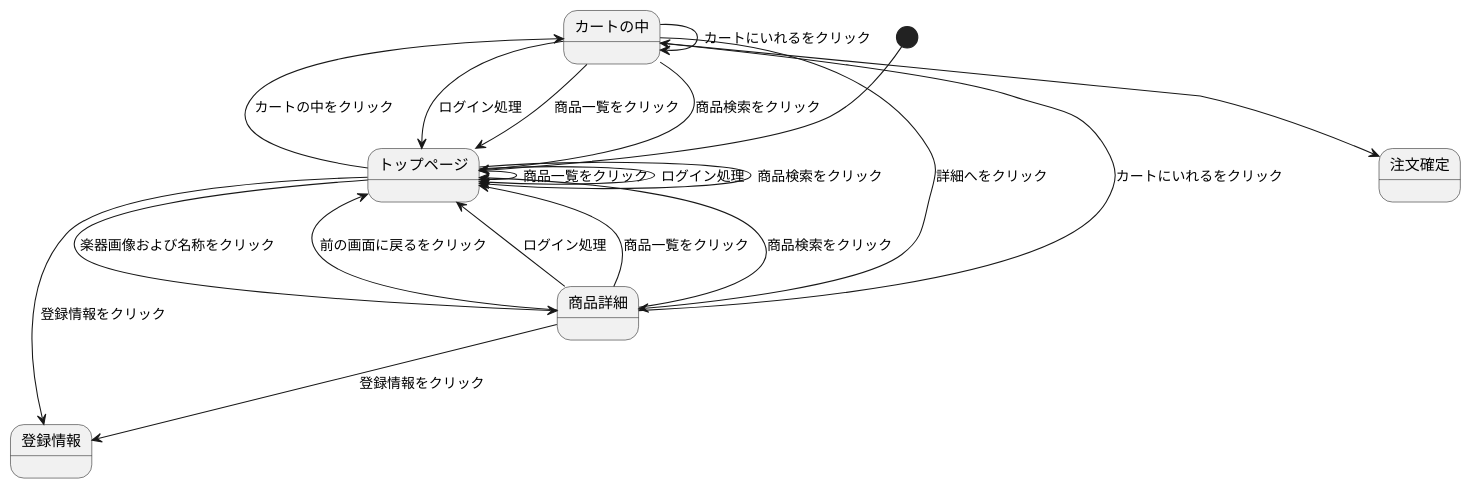
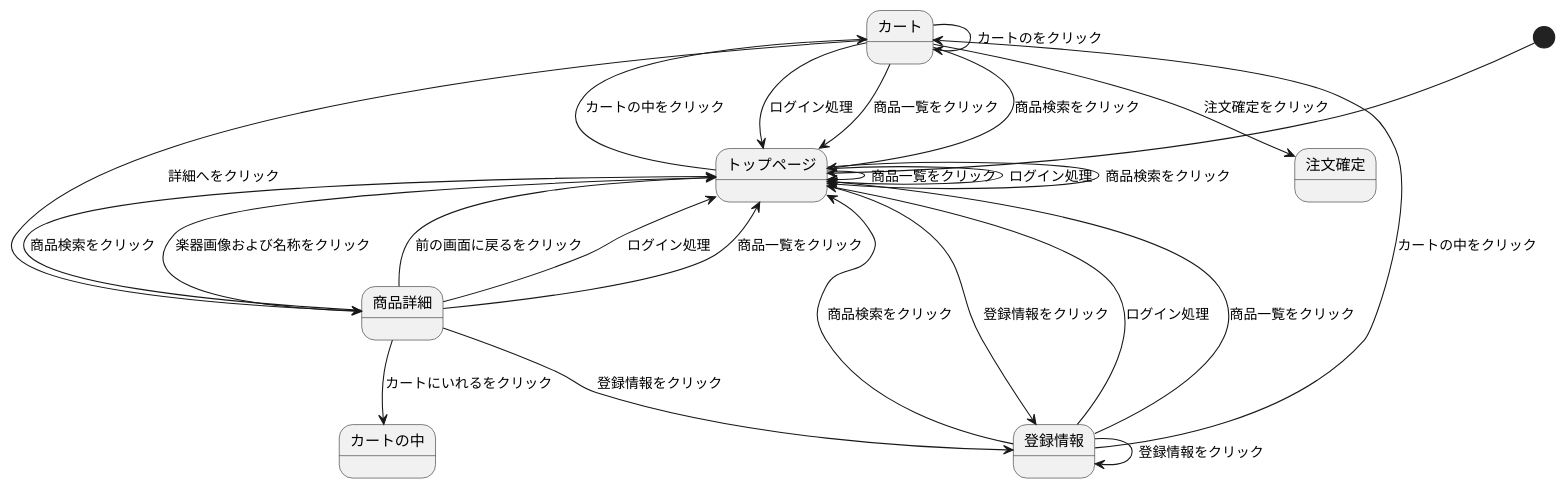
The second of 3 diagrams in stm01.md (Aso2001374/2021sys-design), drawn with PlantUML before and after one commit.

````diff
--- a/stm01.md
+++ b/stm01.md
@@ -15,27 +15,31 @@
 ```uml
 @startuml
 [*] --> トップページ
 トップページ--> トップページ : 商品一覧をクリック
 トップページ--> トップページ : ログイン処理
 トップページ--> トップページ : 商品検索をクリック
-トップページ-left-> カートの中 : カートの中をクリック
+トップページ-left-> カート : カートの中をクリック
 トップページ--> 登録情報 : 登録情報をクリック
 トップページ--> 商品詳細 : 楽器画像および名称をクリック
 
 商品詳細--> カートの中 : カートにいれるをクリック
 商品詳細--> トップページ : 前の画面に戻るをクリック
 商品詳細--> トップページ : ログイン処理
 商品詳細--> トップページ : 商品一覧をクリック
 商品詳細--> トップページ : 商品検索をクリック
 商品詳細--> 登録情報 : 登録情報をクリック
 
-カートの中 --> 商品詳細 : 詳細へをクリック
-カートの中 --> トップページ : ログイン処理
-カートの中 --> トップページ : 商品一覧をクリック
-カートの中 --> トップページ : 商品検索をクリック
-カートの中 --> カートの中 : カートにいれるをクリック
+カート --> 商品詳細 : 詳細へをクリック
+カート --> トップページ : ログイン処理
+カート --> トップページ : 商品一覧をクリック
+カート --> トップページ : 商品検索をクリック
+カート --> カート : カートのをクリック
+カート-->注文確定 : 注文確定をクリック
 
-
-カートの中-->注文確定
+登録情報 --> トップページ : ログイン処理
+登録情報 --> トップページ : 商品一覧をクリック
+登録情報 --> トップページ : 商品検索をクリック
+登録情報 --> カート : カートの中をクリック
+登録情報 --> 登録情報 : 登録情報をクリック
 @enduml
 ```
````
